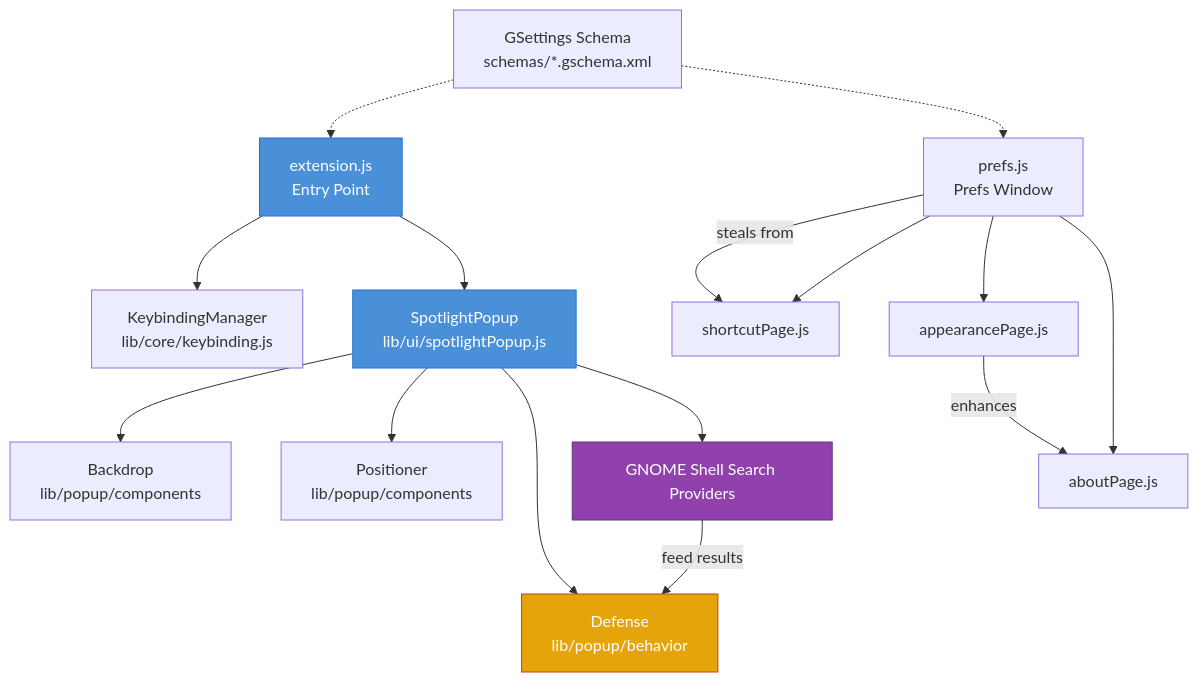
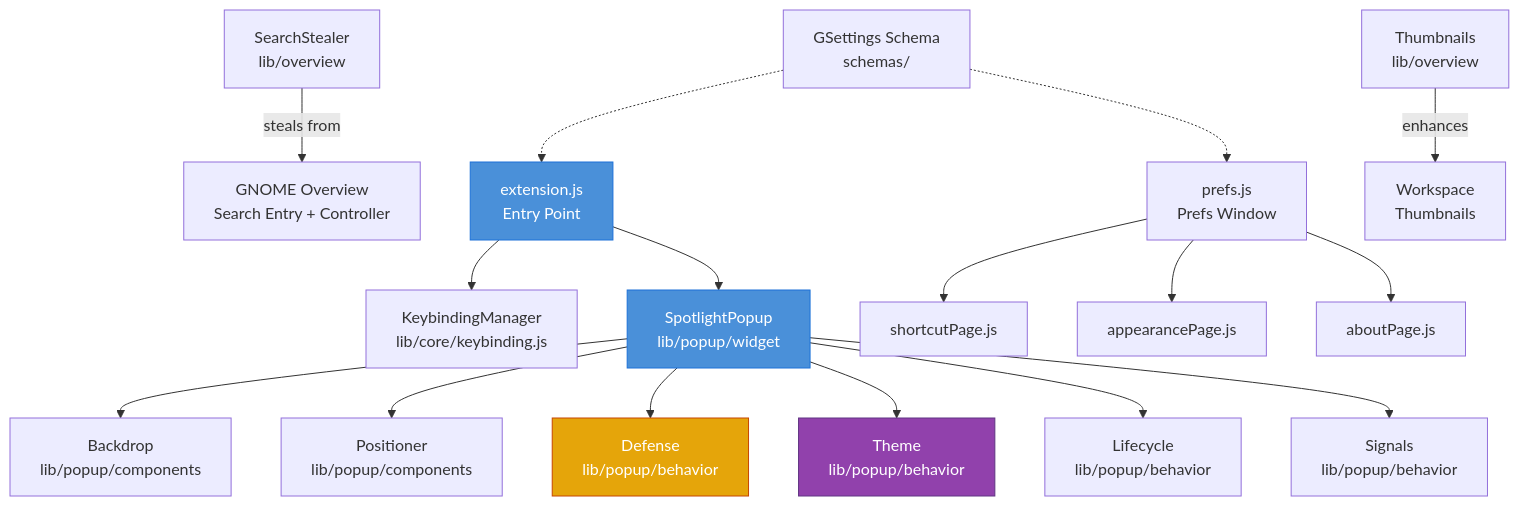
One commit to itsnin/spotlight changed the diagram in CONTRIBUTING.md. Above: the diagram before and after it, drawn with Mermaid. The commit also changed other lines of this file and 8 other files, not shown here.

````diff
--- a/CONTRIBUTING.md
+++ b/CONTRIBUTING.md
@@ -24,27 +47,27 @@
 ```mermaid
 flowchart TD
     A[extension.js<br/>Entry Point] --> B[KeybindingManager<br/>lib/core/keybinding.js]
-    A --> C[SpotlightPopup<br/>lib/ui/spotlightPopup.js]
+    A --> C[SpotlightPopup<br/>lib/popup/widget]
     
     C --> D[Backdrop<br/>lib/popup/components]
     C --> E[Positioner<br/>lib/popup/components]
     C --> F[Defense<br/>lib/popup/behavior]
     C --> G[Theme<br/>lib/popup/behavior]
+    C --> H[Lifecycle<br/>lib/popup/behavior]
+    C --> I[Signals<br/>lib/popup/behavior]
     
-    H[SearchStealer<br/>lib/overview] -->|steals from| I[GNOME Overview<br/>Search Entry + Controller]
-    J[Thumbnails<br/>lib/overview] -->|enhances| K[Workspace<br/>Thumbnails]
+    J[SearchStealer<br/>lib/overview] -->|steals from| K[GNOME Overview<br/>Search Entry + Controller]
+    L[Thumbnails<br/>lib/overview] -->|enhances| M[Workspace<br/>Thumbnails]
     
-    G[GNOME Shell Search Providers] -->|feed results| F
+    N[prefs.js<br/>Prefs Window] --> O[shortcutPage.js]
+    N --> P[appearancePage.js]
+    N --> Q[aboutPage.js]
     
-    H[prefs.js<br/>Prefs Window] --> I[shortcutPage.js]
-    H --> J[appearancePage.js]
-    H --> K[aboutPage.js]
-    
-    L[GSettings Schema<br/>schemas/*.gschema.xml] -.-> A
-    L -.-> H
-    
+    R[GSettings Schema<br/>schemas/] -.-> A
+    R -.-> N
+
     style A fill:#4a90d9,stroke:#1c71d8,color:#fff
     style C fill:#4a90d9,stroke:#1c71d8,color:#fff
     style F fill:#e5a50a,stroke:#c64600,color:#fff
     style G fill:#9141ac,stroke:#613583,color:#fff
 ```
````
